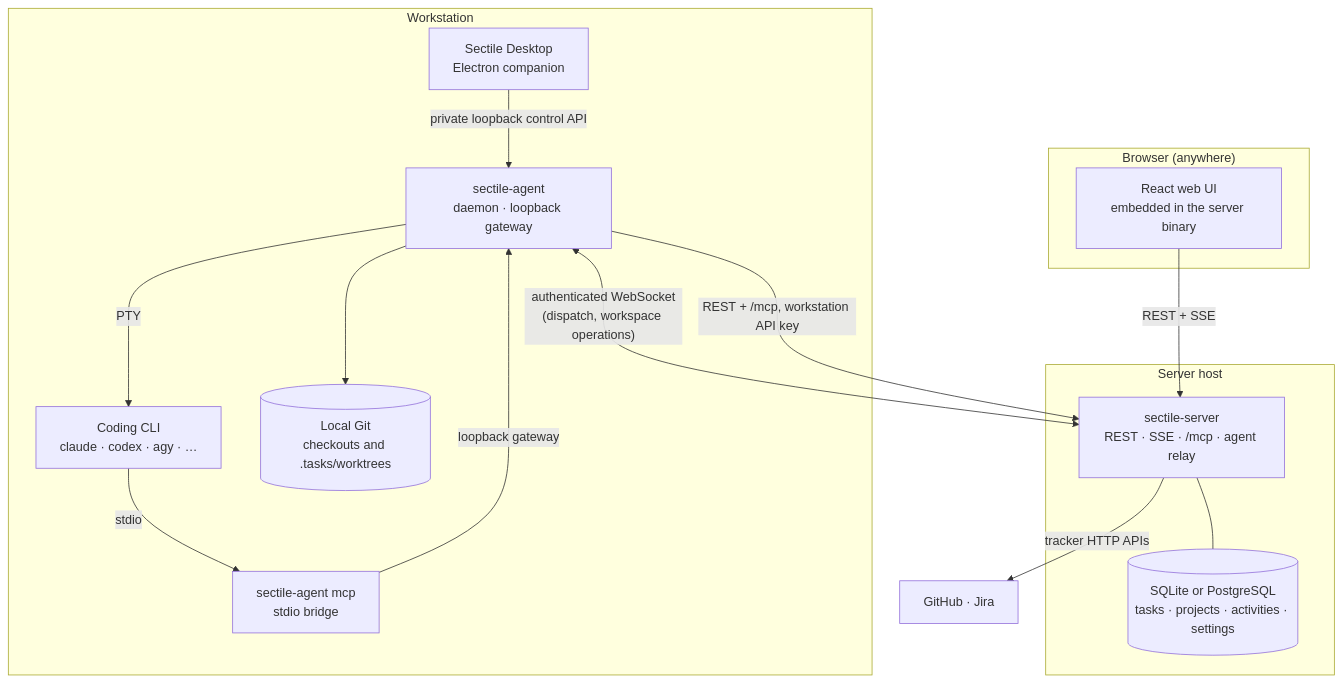
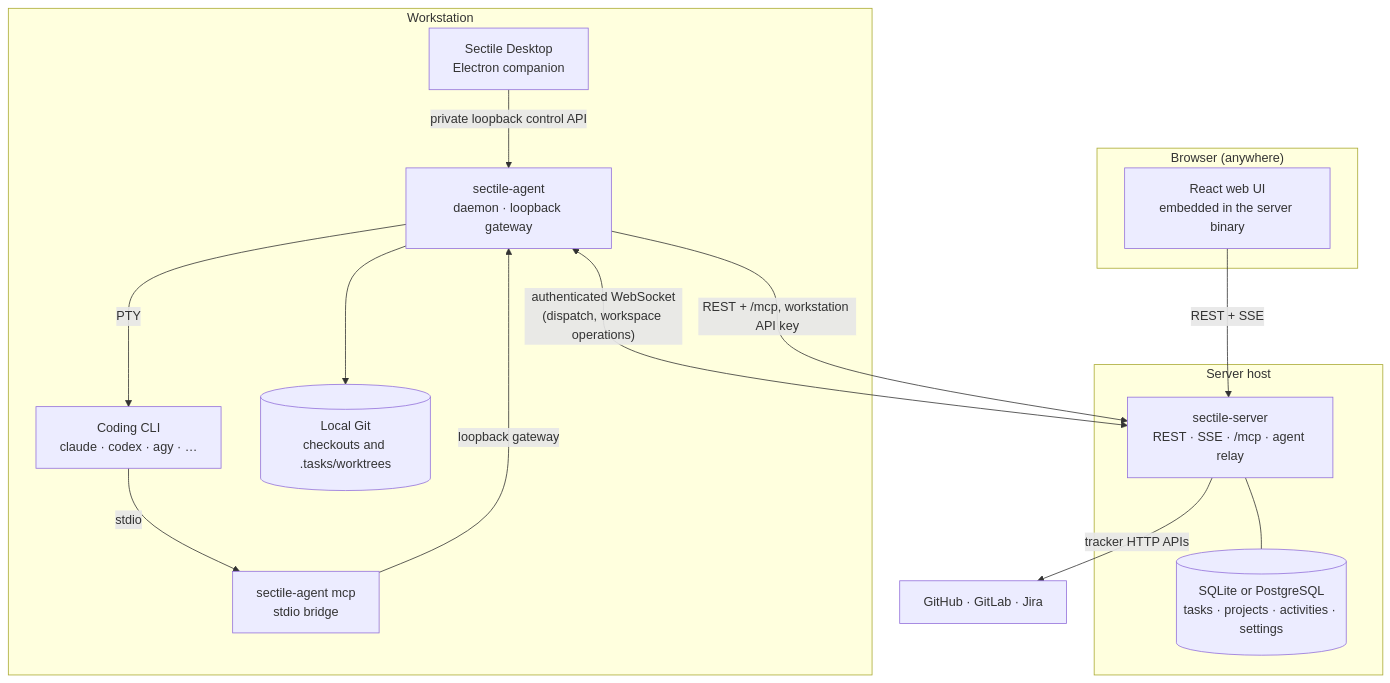
One commit to sebastienferry/sectile changed the first of 3 diagrams in docs/ARCHITECTURE.md. Above: the diagram before and after it, drawn with Mermaid. The commit also changed other lines of this file and 8 other files, not shown here.

First line of the commit message:
docs: document GitLab as a tracker (#398)

````diff
--- a/docs/ARCHITECTURE.md
+++ b/docs/ARCHITECTURE.md
@@ -12,32 +12,32 @@
 ```mermaid
 flowchart TB
     subgraph browser["Browser (anywhere)"]
         UI["React web UI<br/>embedded in the server binary"]
     end
 
     subgraph host["Server host"]
         Server["sectile-server<br/>REST · SSE · /mcp · agent relay"]
         Store[("SQLite or PostgreSQL<br/>tasks · projects · activities · settings")]
         Server --- Store
     end
 
     subgraph workstation["Workstation"]
         Desktop["Sectile Desktop<br/>Electron companion"]
         Agent["sectile-agent<br/>daemon · loopback gateway"]
         CLI["Coding CLI<br/>claude · codex · agy · …"]
         Bridge["sectile-agent mcp<br/>stdio bridge"]
         Repos[("Local Git<br/>checkouts and .tasks/worktrees")]
         Desktop -->|"private loopback control API"| Agent
         Agent -->|"PTY"| CLI
         CLI -->|"stdio"| Bridge
         Bridge -->|"loopback gateway"| Agent
         Agent --> Repos
     end
 
-    Forges["GitHub · Jira"]
+    Forges["GitHub · GitLab · Jira"]
 
     UI -->|"REST + SSE"| Server
     Agent <-->|"authenticated WebSocket<br/>(dispatch, workspace operations)"| Server
     Agent -->|"REST + /mcp, workstation API key"| Server
     Server -->|"tracker HTTP APIs"| Forges
 ```
````
